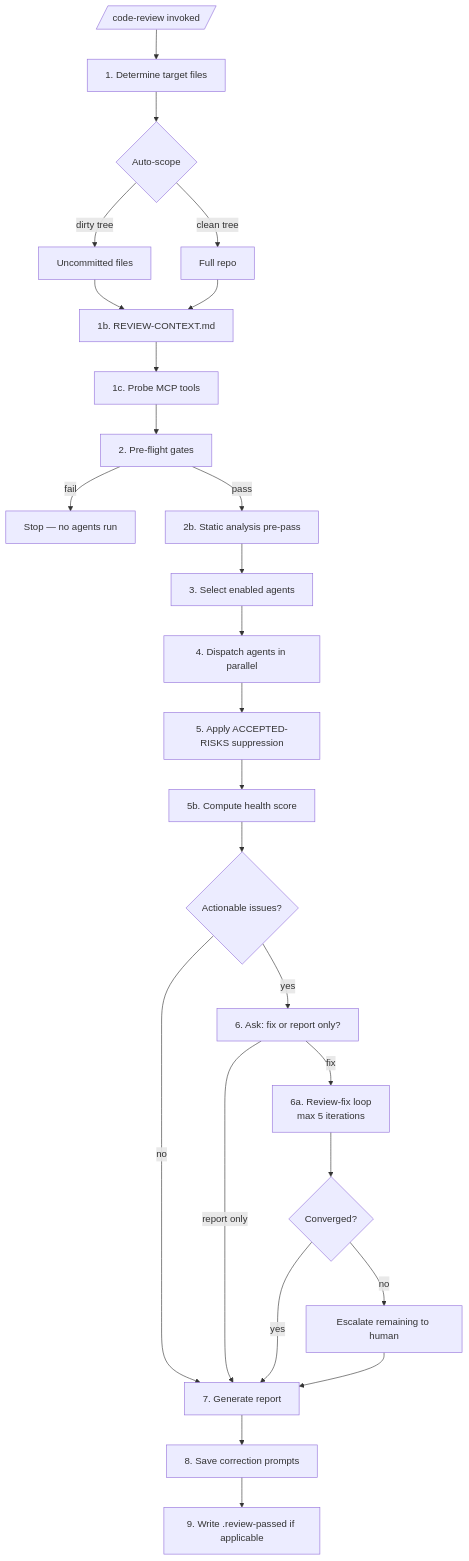
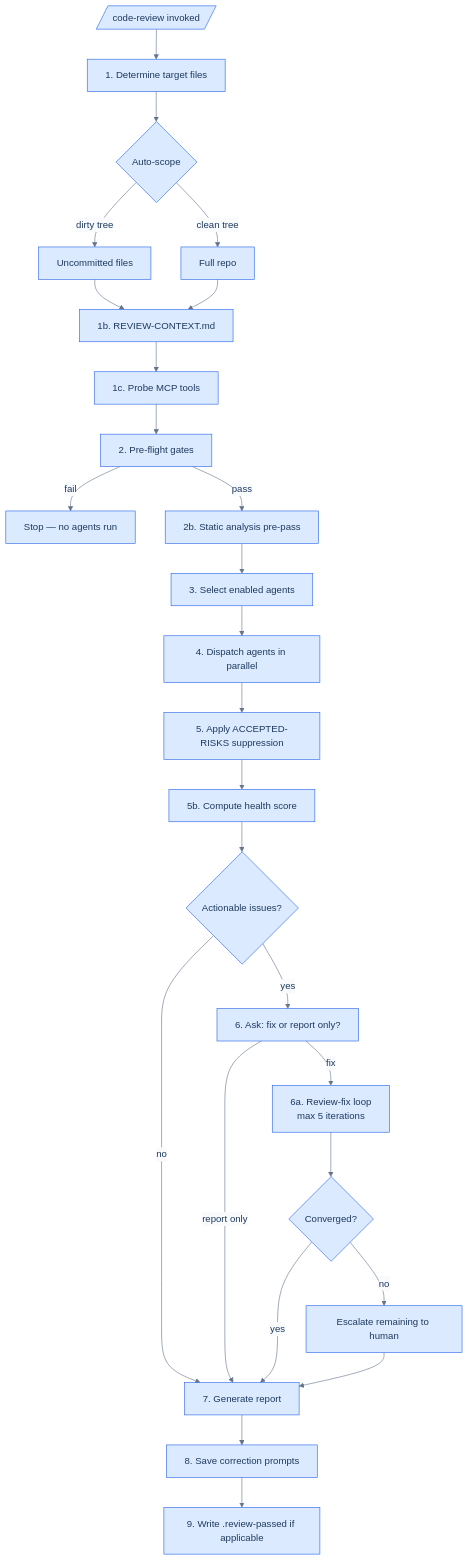
The diagram in plugins/agentic-dev-team/docs/code-review-process.md (bdfinst/agentic-dev-team), drawn with Mermaid before and after one commit. The commit also changed 2 other files, not shown here.

Commit message:
feat(skills): add mermaid-diagramming skill with blue-gray theme
Defines a consistent blues-and-grays Mermaid theme (light fills, navy
text, blue borders) via a reusable %%{init}%% directive. Applies it to
the one existing diagram in code-review-process.md and ships a new
mermaid-diagramming skill with palette reference, typed examples, and
procedure for adding themed diagrams to markdown files.

````diff
--- a/plugins/agentic-dev-team/docs/code-review-process.md
+++ b/plugins/agentic-dev-team/docs/code-review-process.md
@@ -30,28 +30,29 @@
 ```mermaid
+%%{init: {'theme': 'base', 'themeVariables': {'primaryColor': '#dbeafe', 'primaryTextColor': '#1e3a5f', 'primaryBorderColor': '#3b82f6', 'lineColor': '#64748b', 'secondaryColor': '#f1f5f9', 'tertiaryColor': '#e0f2fe', 'background': '#ffffff', 'mainBkg': '#dbeafe', 'nodeBorder': '#2563eb', 'clusterBkg': '#eff6ff', 'clusterBorder': '#bfdbfe', 'titleColor': '#1e3a5f', 'edgeLabelBackground': '#f8fafc'}}}%%
 flowchart TD
     A[/code-review invoked/] --> B[1. Determine target files]
     B --> C{Auto-scope}
     C -->|dirty tree| D1[Uncommitted files]
     C -->|clean tree| D2[Full repo]
     D1 --> E[1b. REVIEW-CONTEXT.md]
     D2 --> E
     E --> F[1c. Probe MCP tools]
     F --> G[2. Pre-flight gates]
     G -->|fail| X1[Stop — no agents run]
     G -->|pass| H[2b. Static analysis pre-pass]
     H --> I[3. Select enabled agents]
     I --> J[4. Dispatch agents in parallel]
     J --> K[5. Apply ACCEPTED-RISKS suppression]
     K --> L[5b. Compute health score]
     L --> M{Actionable issues?}
     M -->|no| R[7. Generate report]
     M -->|yes| N[6. Ask: fix or report only?]
     N -->|report only| R
     N -->|fix| O[6a. Review-fix loop<br/>max 5 iterations]
     O --> P{Converged?}
     P -->|yes| R
     P -->|no| Q[Escalate remaining to human]
     Q --> R
     R --> S[8. Save correction prompts]
     S --> T[9. Write .review-passed if applicable]
 ```
````
